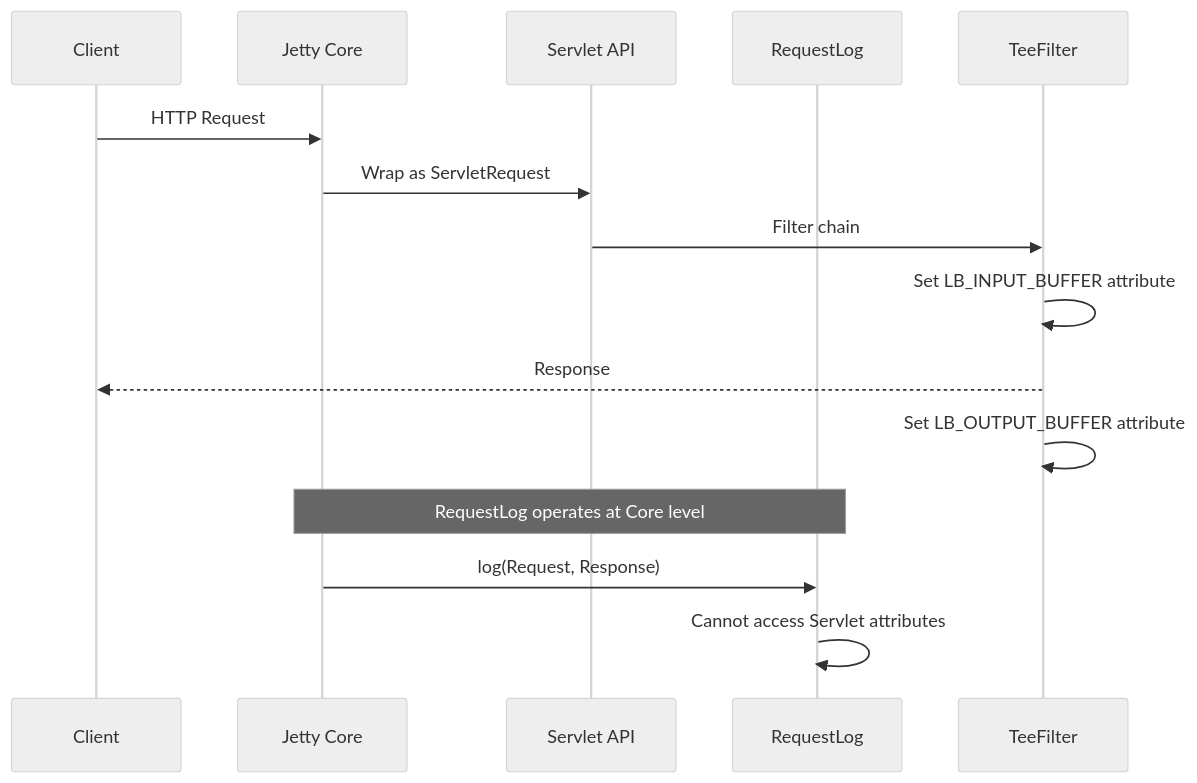
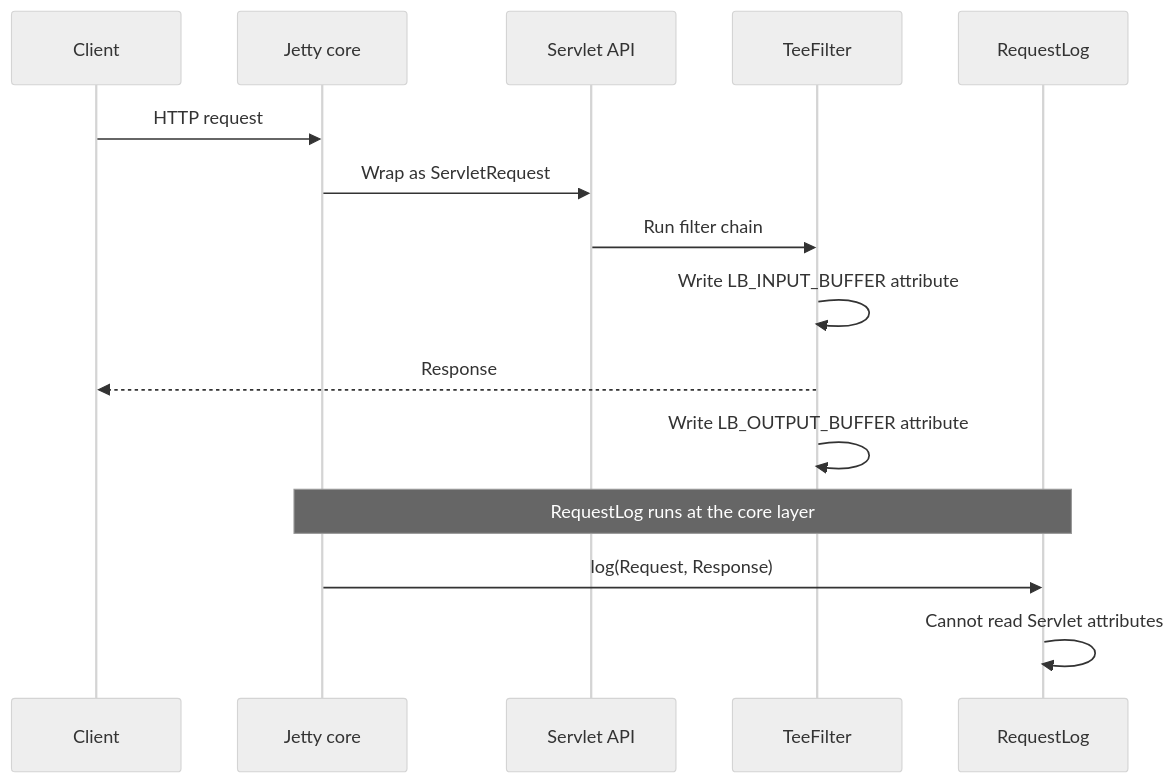
The fourth of 4 diagrams in examples/README.md (seijikohara/logback-access-spring-boot-starter), drawn with Mermaid (neutral theme) before and after one commit. The commit also changed other lines of this file and 19 other files, not shown here.

````diff
--- a/examples/README.md
+++ b/examples/README.md
@@ -198,19 +196,19 @@
 ```mermaid
 sequenceDiagram
     participant Client
-    participant Jetty Core
-    participant Servlet API
-    participant RequestLog
-    participant TeeFilter
+    participant Core as Jetty core
+    participant Servlet as Servlet API
+    participant Tee as TeeFilter
+    participant RL as RequestLog
 
-    Client->>Jetty Core: HTTP Request
-    Jetty Core->>Servlet API: Wrap as ServletRequest
-    Servlet API->>TeeFilter: Filter chain
-    TeeFilter->>TeeFilter: Set LB_INPUT_BUFFER attribute
-    TeeFilter-->>Client: Response
-    TeeFilter->>TeeFilter: Set LB_OUTPUT_BUFFER attribute
+    Client->>Core: HTTP request
+    Core->>Servlet: Wrap as ServletRequest
+    Servlet->>Tee: Run filter chain
+    Tee->>Tee: Write LB_INPUT_BUFFER attribute
+    Tee-->>Client: Response
+    Tee->>Tee: Write LB_OUTPUT_BUFFER attribute
 
-    Note over Jetty Core,RequestLog: RequestLog operates at Core level
-    Jetty Core->>RequestLog: log(Request, Response)
-    RequestLog->>RequestLog: Cannot access Servlet attributes
+    Note over Core,RL: RequestLog runs at the core layer
+    Core->>RL: log(Request, Response)
+    RL->>RL: Cannot read Servlet attributes
 ```
````
